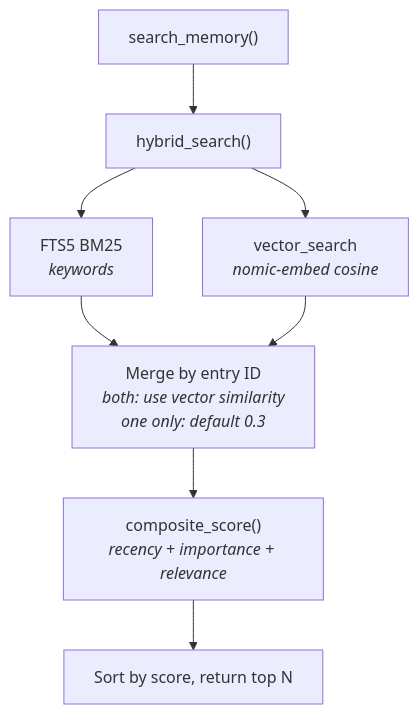
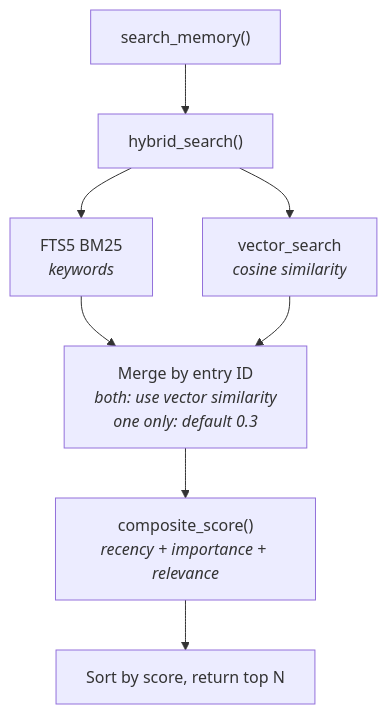
Before and after one commit to wiktordepina/mait-code: the third of 4 diagrams in docs/architecture.md, drawn with Mermaid. The commit also changed other lines of this file and 14 other files, not shown here.

````diff
--- a/docs/architecture.md
+++ b/docs/architecture.md
@@ -163,10 +164,10 @@
 ```mermaid
 flowchart TD
     A["search_memory()"] --> B["hybrid_search()"]
     B --> C["FTS5 BM25<br/><i>keywords</i>"]
-    B --> D["vector_search<br/><i>nomic-embed cosine</i>"]
+    B --> D["vector_search<br/><i>cosine similarity</i>"]
     C --> E["Merge by entry ID<br/><i>both: use vector similarity</i><br/><i>one only: default 0.3</i>"]
     D --> E
     E --> F["composite_score()<br/><i>recency + importance + relevance</i>"]
     F --> G["Sort by score, return top N"]
 ```
````
